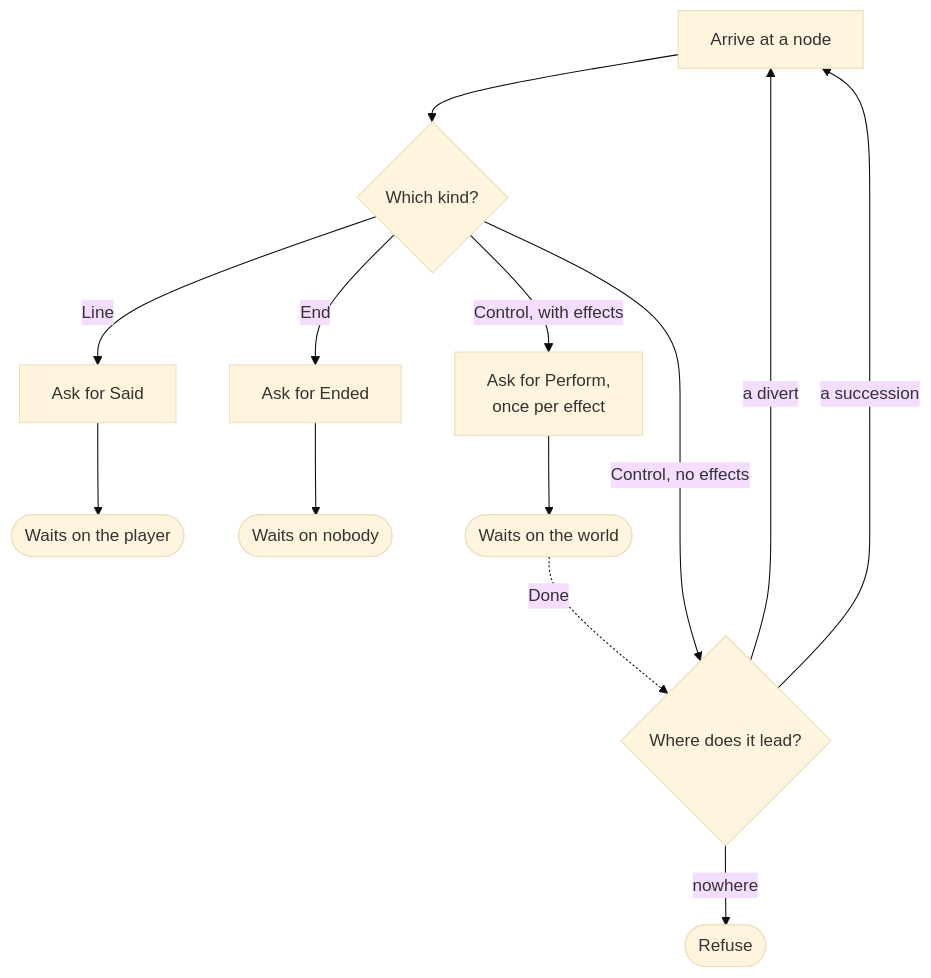
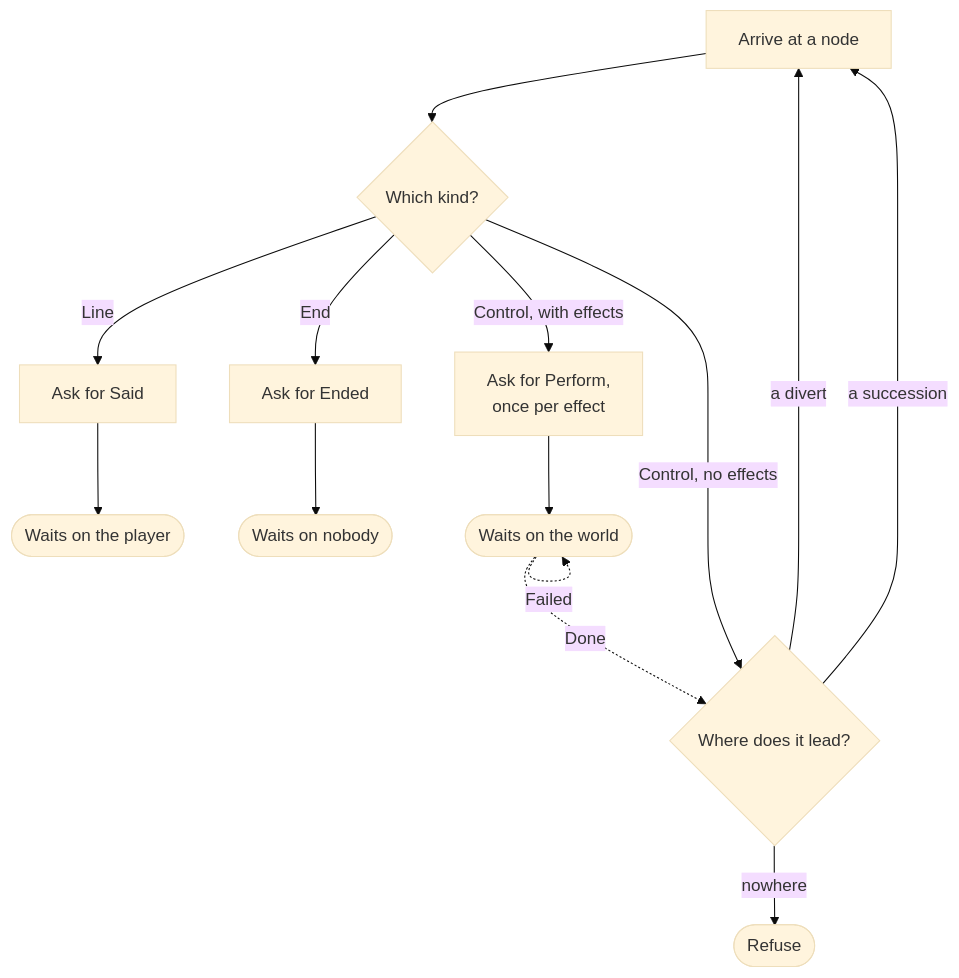
The diagram in docs/contributing/design-notes/runtime/Waiting on the Host.md (pengzhengyi/dialoguedown), drawn with Mermaid (base theme) before and after one commit. The commit also changed other lines of this file and 23 other files, not shown here.

````diff
--- a/docs/contributing/design-notes/runtime/Waiting on the Host.md
+++ b/docs/contributing/design-notes/runtime/Waiting on the Host.md
@@ -91,12 +94,13 @@
 ```mermaid
 flowchart TD
     Arrive["Arrive at a node"] --> Kind{"Which kind?"}
     Kind -->|Line| Say["Ask for Said"] --> Player(["Waits on the player"])
     Kind -->|End| Over["Ask for Ended"] --> Nobody(["Waits on nobody"])
     Kind -->|"Control, with effects"| Ask["Ask for Perform,<br/>once per effect"] --> World(["Waits on the world"])
     World -.->|Done| Onward
+    World -.->|Failed| World
     Kind -->|"Control, no effects"| Onward{"Where does it lead?"}
     Onward -->|"a divert"| Arrive
     Onward -->|"a succession"| Arrive
     Onward -->|"nowhere"| Refuse(["Refuse"])
 ```
````
